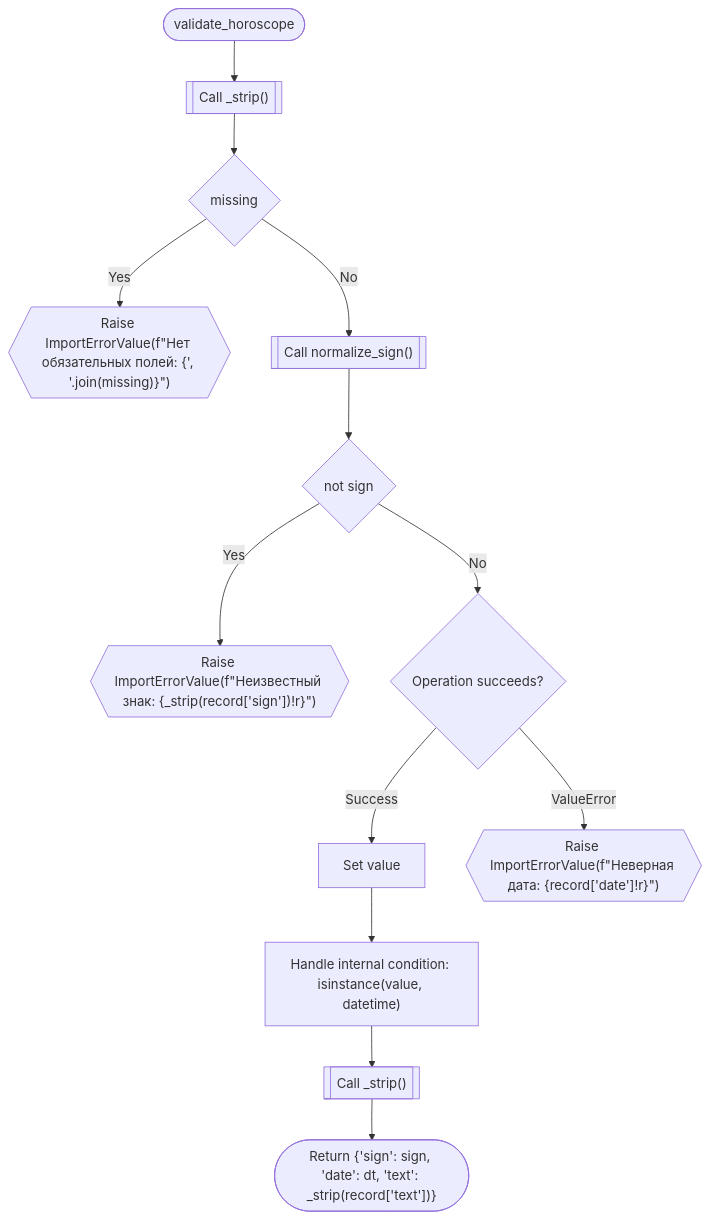
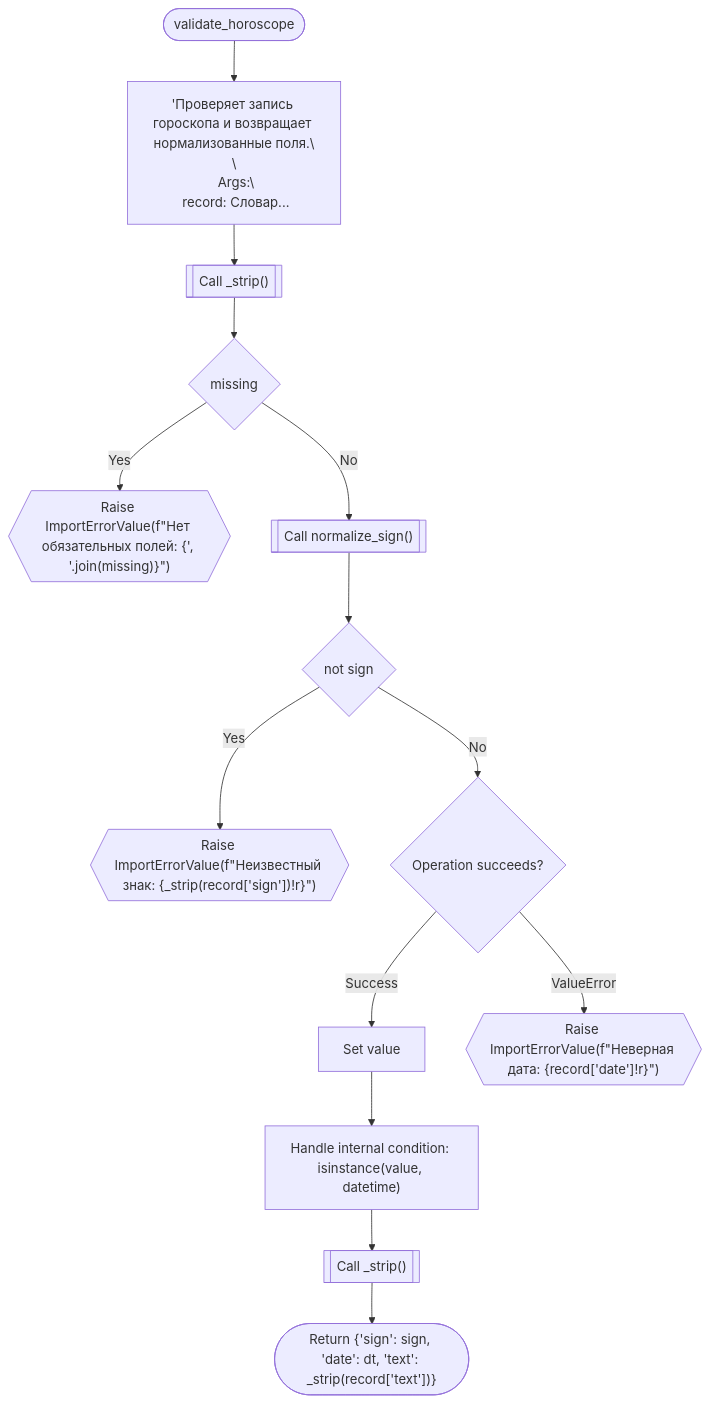
Before and after one commit to ihrusl05-rgb/Factoscope: diagram 18 of 59 in codedebrief-out/codedebrief.md, drawn with Mermaid. The commit also changed other lines of this file and 20 other files, not shown here.

````diff
--- a/codedebrief-out/codedebrief.md
+++ b/codedebrief-out/codedebrief.md
@@ -526,28 +544,30 @@
 ```mermaid
 flowchart TD
   mflow_65fdd36061b70766_n1(["validate_horoscope"])
-  mflow_65fdd36061b70766_n2[["Call _strip()"]]
-  mflow_65fdd36061b70766_n3{"missing"}
-  mflow_65fdd36061b70766_n4{{"Raise ImportErrorValue(f&quot;Нет обязательных полей: {', '.join(missing)}&quot;)"}}
-  mflow_65fdd36061b70766_n5[["Call normalize_sign()"]]
-  mflow_65fdd36061b70766_n6{"not sign"}
-  mflow_65fdd36061b70766_n7{{"Raise ImportErrorValue(f&quot;Неизвестный знак: {_strip(record['sign'])!r}&quot;)"}}
-  mflow_65fdd36061b70766_n8{"Operation succeeds?"}
-  mflow_65fdd36061b70766_n9["Set value"]
-  mflow_65fdd36061b70766_n10["Handle internal condition: isinstance(value, datetime)"]
-  mflow_65fdd36061b70766_n11{{"Raise ImportErrorValue(f&quot;Неверная дата: {record['date']!r}&quot;)"}}
-  mflow_65fdd36061b70766_n12[["Call _strip()"]]
-  mflow_65fdd36061b70766_n13(["Return {'sign': sign, 'date': dt, 'text': _strip(record['text'])}"])
+  mflow_65fdd36061b70766_n2["'Проверяет запись гороскопа и возвращает нормализованные поля.\\n\\n Args:\\n record: Словар..."]
+  mflow_65fdd36061b70766_n3[["Call _strip()"]]
+  mflow_65fdd36061b70766_n4{"missing"}
+  mflow_65fdd36061b70766_n5{{"Raise ImportErrorValue(f&quot;Нет обязательных полей: {', '.join(missing)}&quot;)"}}
+  mflow_65fdd36061b70766_n6[["Call normalize_sign()"]]
+  mflow_65fdd36061b70766_n7{"not sign"}
+  mflow_65fdd36061b70766_n8{{"Raise ImportErrorValue(f&quot;Неизвестный знак: {_strip(record['sign'])!r}&quot;)"}}
+  mflow_65fdd36061b70766_n9{"Operation succeeds?"}
+  mflow_65fdd36061b70766_n10["Set value"]
+  mflow_65fdd36061b70766_n11["Handle internal condition: isinstance(value, datetime)"]
+  mflow_65fdd36061b70766_n12{{"Raise ImportErrorValue(f&quot;Неверная дата: {record['date']!r}&quot;)"}}
+  mflow_65fdd36061b70766_n13[["Call _strip()"]]
+  mflow_65fdd36061b70766_n14(["Return {'sign': sign, 'date': dt, 'text': _strip(record['text'])}"])
   mflow_65fdd36061b70766_n1 --> mflow_65fdd36061b70766_n2
   mflow_65fdd36061b70766_n2 --> mflow_65fdd36061b70766_n3
-  mflow_65fdd36061b70766_n3 -->|"Yes"| mflow_65fdd36061b70766_n4
-  mflow_65fdd36061b70766_n3 -->|"No"| mflow_65fdd36061b70766_n5
-  mflow_65fdd36061b70766_n5 --> mflow_65fdd36061b70766_n6
-  mflow_65fdd36061b70766_n6 -->|"Yes"| mflow_65fdd36061b70766_n7
-  mflow_65fdd36061b70766_n6 -->|"No"| mflow_65fdd36061b70766_n8
-  mflow_65fdd36061b70766_n8 -->|"Success"| mflow_65fdd36061b70766_n9
-  mflow_65fdd36061b70766_n9 --> mflow_65fdd36061b70766_n10
-  mflow_65fdd36061b70766_n8 -->|"ValueError"| mflow_65fdd36061b70766_n11
-  mflow_65fdd36061b70766_n10 --> mflow_65fdd36061b70766_n12
-  mflow_65fdd36061b70766_n12 --> mflow_65fdd36061b70766_n13
+  mflow_65fdd36061b70766_n3 --> mflow_65fdd36061b70766_n4
+  mflow_65fdd36061b70766_n4 -->|"Yes"| mflow_65fdd36061b70766_n5
+  mflow_65fdd36061b70766_n4 -->|"No"| mflow_65fdd36061b70766_n6
+  mflow_65fdd36061b70766_n6 --> mflow_65fdd36061b70766_n7
+  mflow_65fdd36061b70766_n7 -->|"Yes"| mflow_65fdd36061b70766_n8
+  mflow_65fdd36061b70766_n7 -->|"No"| mflow_65fdd36061b70766_n9
+  mflow_65fdd36061b70766_n9 -->|"Success"| mflow_65fdd36061b70766_n10
+  mflow_65fdd36061b70766_n10 --> mflow_65fdd36061b70766_n11
+  mflow_65fdd36061b70766_n9 -->|"ValueError"| mflow_65fdd36061b70766_n12
+  mflow_65fdd36061b70766_n11 --> mflow_65fdd36061b70766_n13
+  mflow_65fdd36061b70766_n13 --> mflow_65fdd36061b70766_n14
 ```
````
